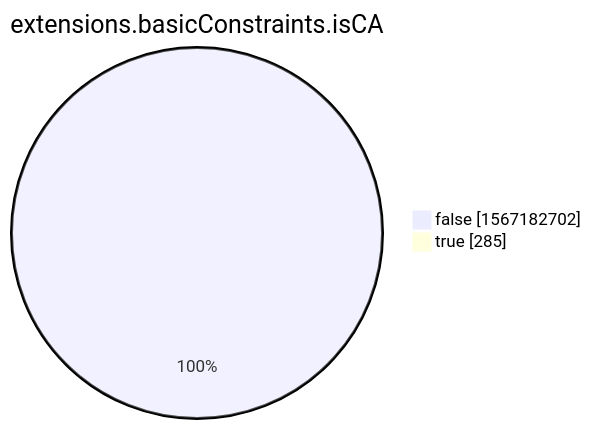
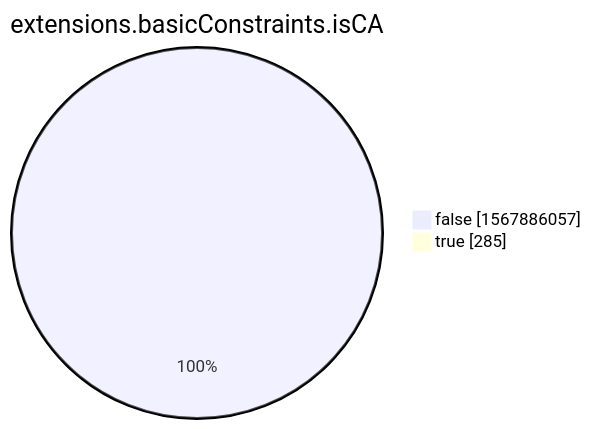
The eighth of 15 diagrams in xenon2022/README.md (christiankrug/ctmonitor_visualization), drawn with Mermaid before and after one commit. The commit also changed other lines of this file, not shown here.

````diff
--- a/xenon2022/README.md
+++ b/xenon2022/README.md
@@ -2861,6 +2861,6 @@
 ```mermaid
 pie showData
 title extensions.basicConstraints.isCA
-"false" :1567182702
+"false" :1567886057
 "true" :285
 ```
````
